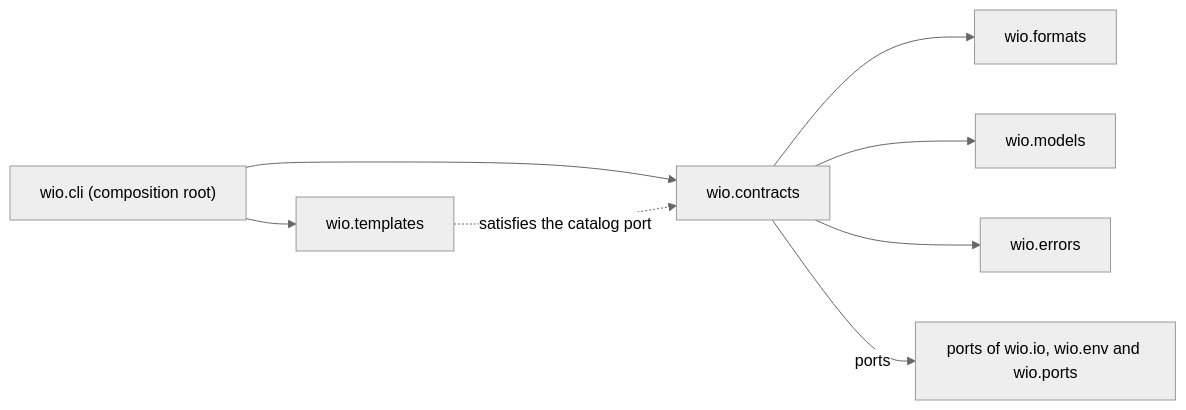
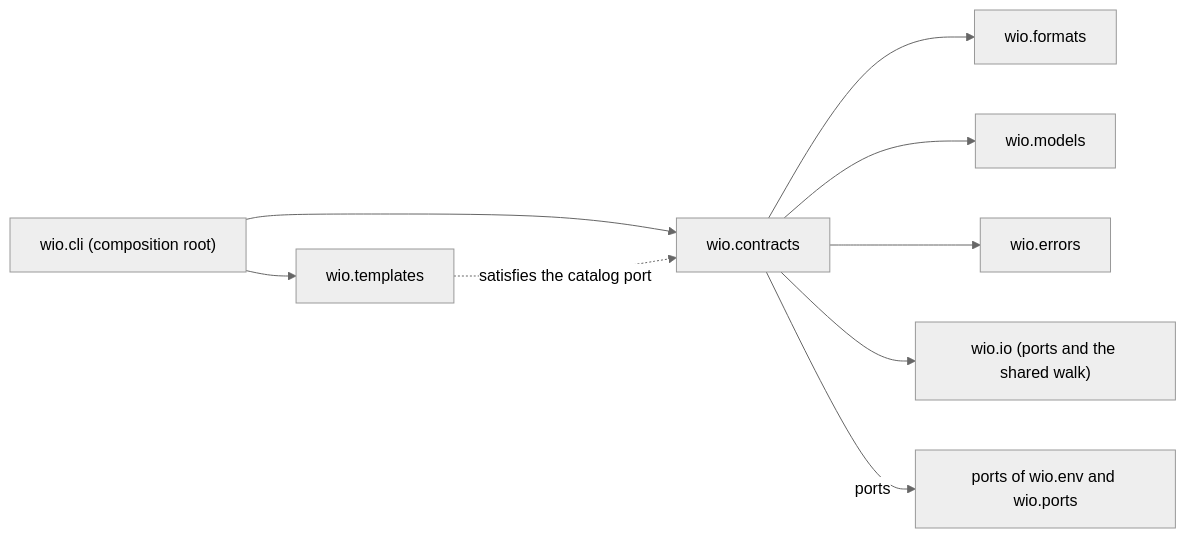
Before and after one commit to msitarz/wio: the diagram in src/wio/contracts/README.md, drawn with Mermaid (neutral theme). The commit also changed other lines of this file, not shown here.

First line of the commit message:
docs(contracts): draw the walk of the Works directory as code and not as a port

````diff
--- a/src/wio/contracts/README.md
+++ b/src/wio/contracts/README.md
@@ -40,17 +40,19 @@
 ```mermaid
 flowchart LR
     cli["wio.cli (composition root)"]
     contracts["wio.contracts"]
     templates["wio.templates"]
     formats["wio.formats"]
     models["wio.models"]
     errors["wio.errors"]
-    ports["ports of wio.io, wio.env and wio.ports"]
+    io["wio.io (ports and the shared walk)"]
+    ports["ports of wio.env and wio.ports"]
     cli --> contracts
     cli --> templates
     contracts --> formats
     contracts --> models
     contracts --> errors
+    contracts --> io
     contracts -- "ports" --> ports
     templates -. "satisfies the catalog port" .-> contracts
 ```
````
